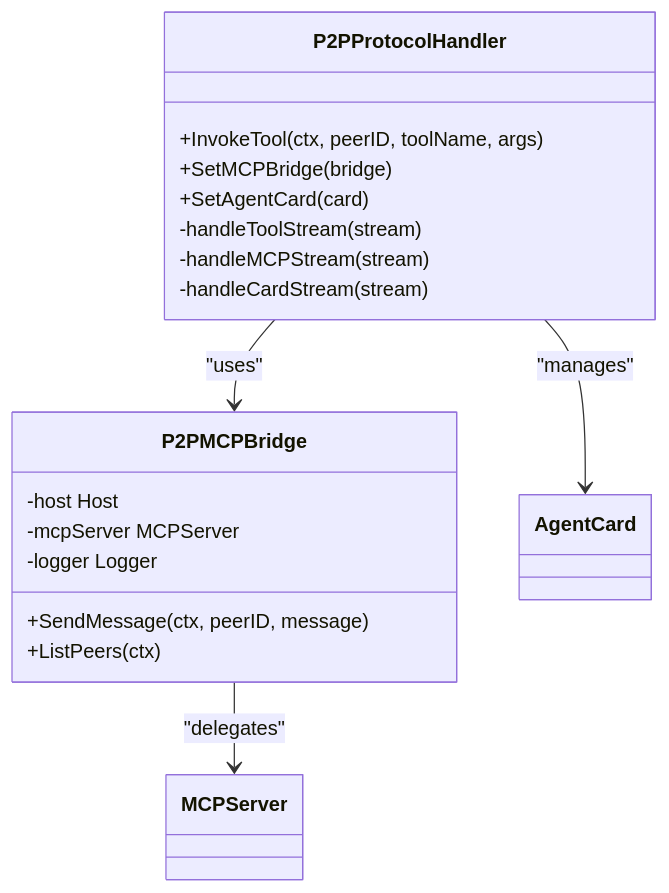
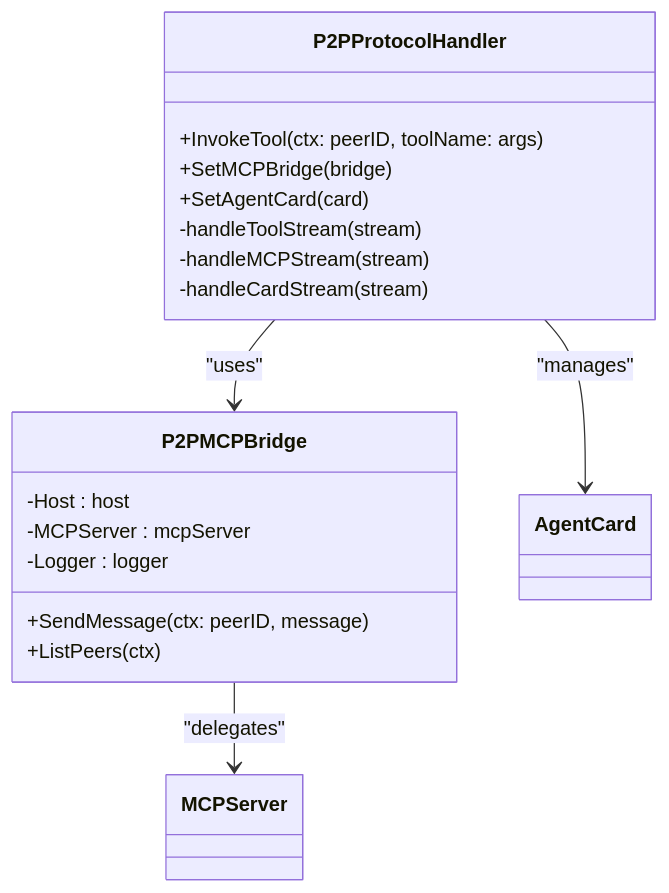
Before and after one commit to prxs-ai/praxis-go-sdk: the third of 3 diagrams in docs/Core Services/P2P Networking.md, drawn with Mermaid. The commit also changed other lines of this file and 141 other files, not shown here.

````diff
--- a/docs/Core Services/P2P Networking.md
+++ b/docs/Core Services/P2P Networking.md
@@ -196,21 +196,21 @@
 ```mermaid
 classDiagram
 class P2PMCPBridge {
-+SendMessage(ctx, peerID, message)
++SendMessage(ctx: peerID, message)
 +ListPeers(ctx)
--host Host
--mcpServer MCPServer
--logger Logger
+-Host : host
+-MCPServer : mcpServer
+-Logger : logger
 }
 class P2PProtocolHandler {
-+InvokeTool(ctx, peerID, toolName, args)
++InvokeTool(ctx: peerID, toolName: args)
 +SetMCPBridge(bridge)
 +SetAgentCard(card)
 -handleToolStream(stream)
 -handleMCPStream(stream)
 -handleCardStream(stream)
 }
 P2PProtocolHandler --> P2PMCPBridge : "uses"
 P2PMCPBridge --> MCPServer : "delegates"
 P2PProtocolHandler --> AgentCard : "manages"
 ```
````
